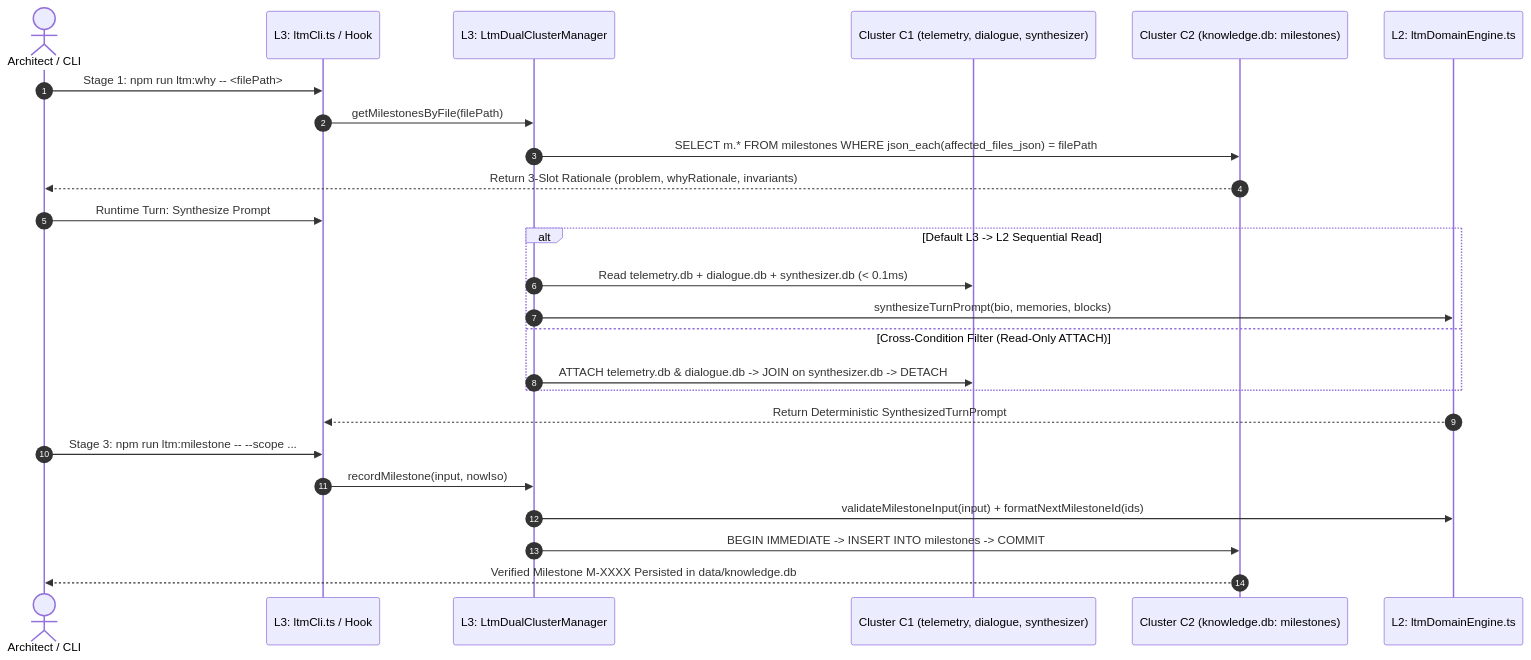
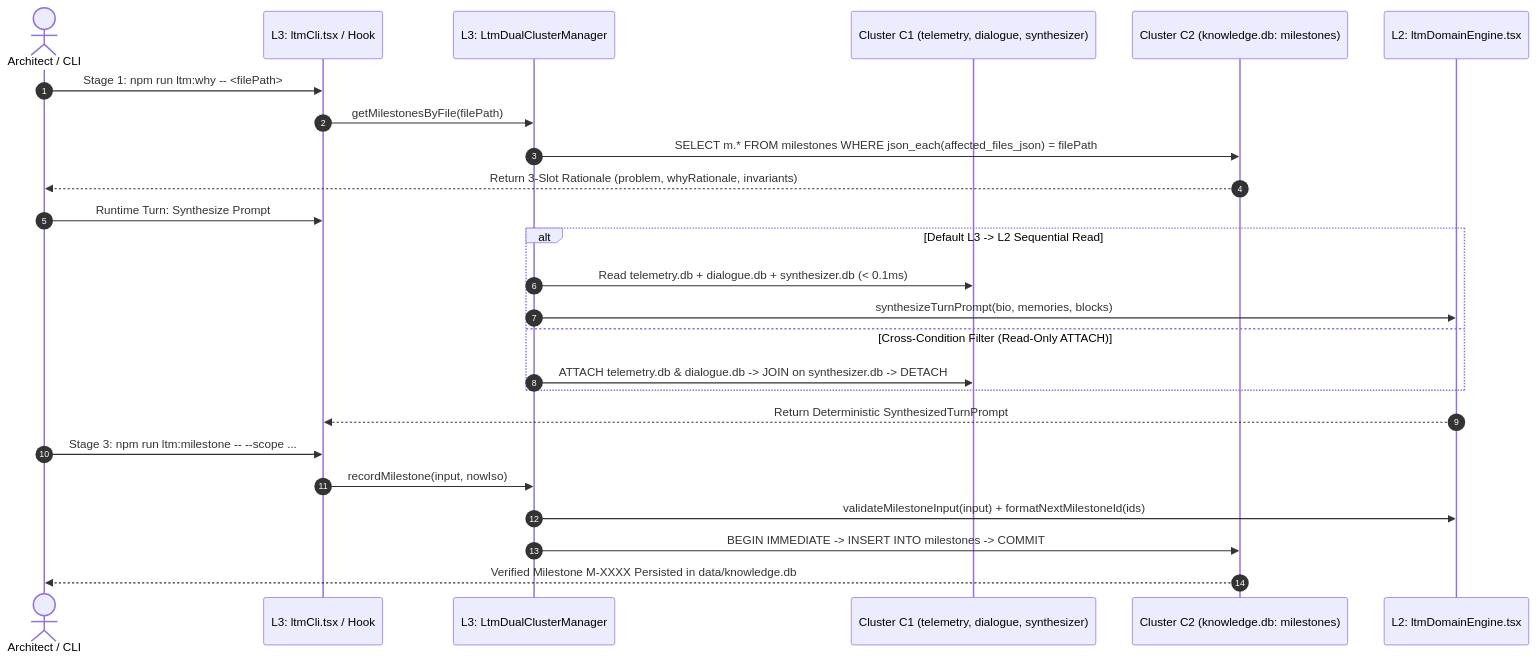
The third of 3 diagrams in docs/ARCHITECTURE.md (jinseobhong/eterna-luminas), drawn with Mermaid before and after one commit. The commit also changed other lines of this file and 15 other files, not shown here.

````diff
--- a/docs/ARCHITECTURE.md
+++ b/docs/ARCHITECTURE.md
@@ -112,30 +112,30 @@
 ```mermaid
 sequenceDiagram
     autonumber
     actor User as Architect / CLI
-    participant CLI as L3: ltmCli.ts / Hook
+    participant CLI as L3: ltmCli.tsx / Hook
     participant Cluster as L3: LtmDualClusterManager
     participant C1 as Cluster C1 (telemetry, dialogue, synthesizer)
     participant C2 as Cluster C2 (knowledge.db: milestones)
-    participant Domain as L2: ltmDomainEngine.ts
+    participant Domain as L2: ltmDomainEngine.tsx
 
     User->>CLI: Stage 1: npm run ltm:why -- <filePath>
     CLI->>Cluster: getMilestonesByFile(filePath)
     Cluster->>C2: SELECT m.* FROM milestones WHERE json_each(affected_files_json) = filePath
     C2-->>User: Return 3-Slot Rationale (problem, whyRationale, invariants)
 
     User->>CLI: Runtime Turn: Synthesize Prompt
     alt Default L3 -> L2 Sequential Read
         Cluster->>C1: Read telemetry.db + dialogue.db + synthesizer.db (< 0.1ms)
         Cluster->>Domain: synthesizeTurnPrompt(bio, memories, blocks)
     else Cross-Condition Filter (Read-Only ATTACH)
         Cluster->>C1: ATTACH telemetry.db & dialogue.db -> JOIN on synthesizer.db -> DETACH
     end
     Domain-->>CLI: Return Deterministic SynthesizedTurnPrompt
 
     User->>CLI: Stage 3: npm run ltm:milestone -- --scope ...
     CLI->>Cluster: recordMilestone(input, nowIso)
     Cluster->>Domain: validateMilestoneInput(input) + formatNextMilestoneId(ids)
     Cluster->>C2: BEGIN IMMEDIATE -> INSERT INTO milestones -> COMMIT
     C2-->>User: Verified Milestone M-XXXX Persisted in data/knowledge.db
 ```
````
